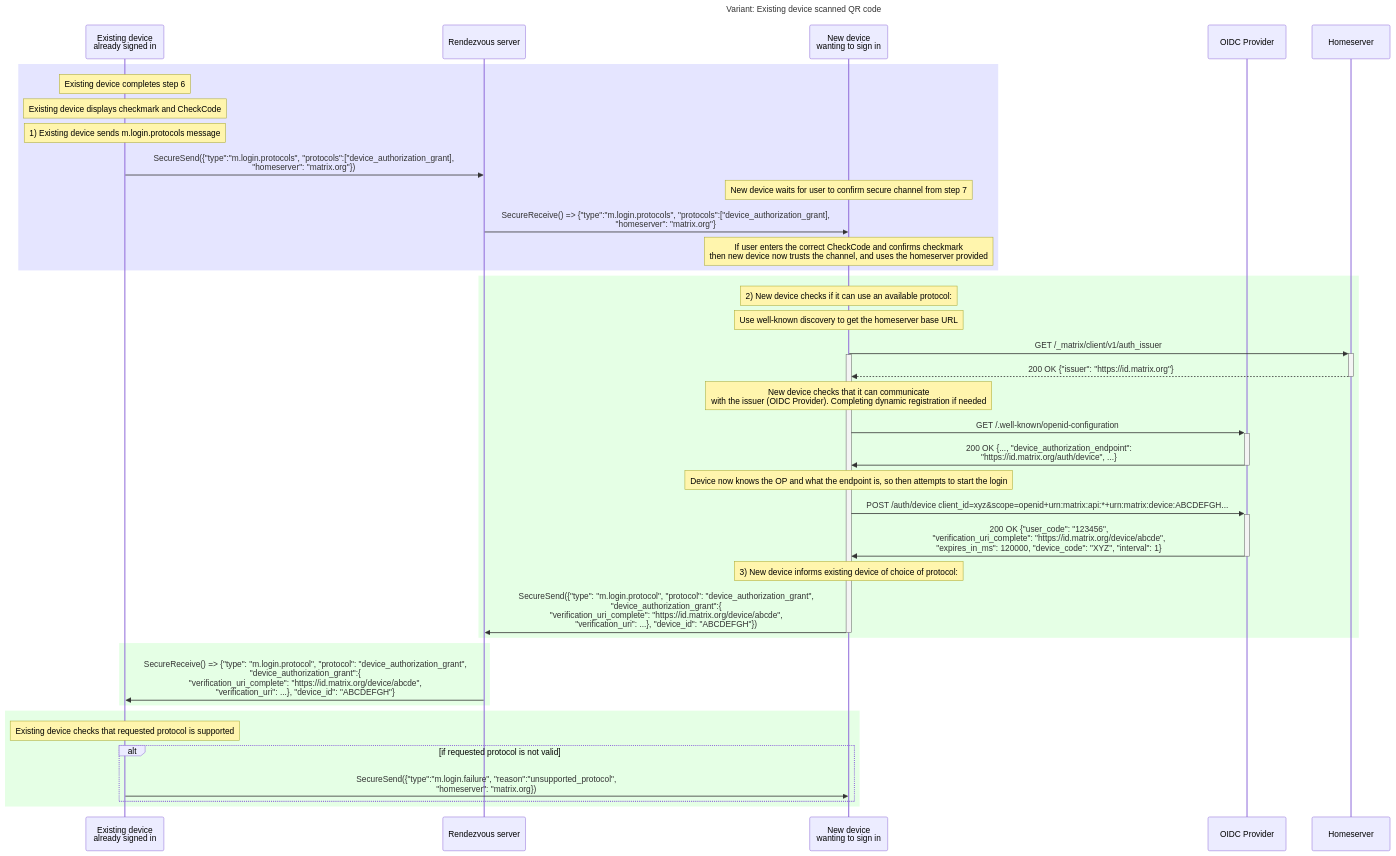
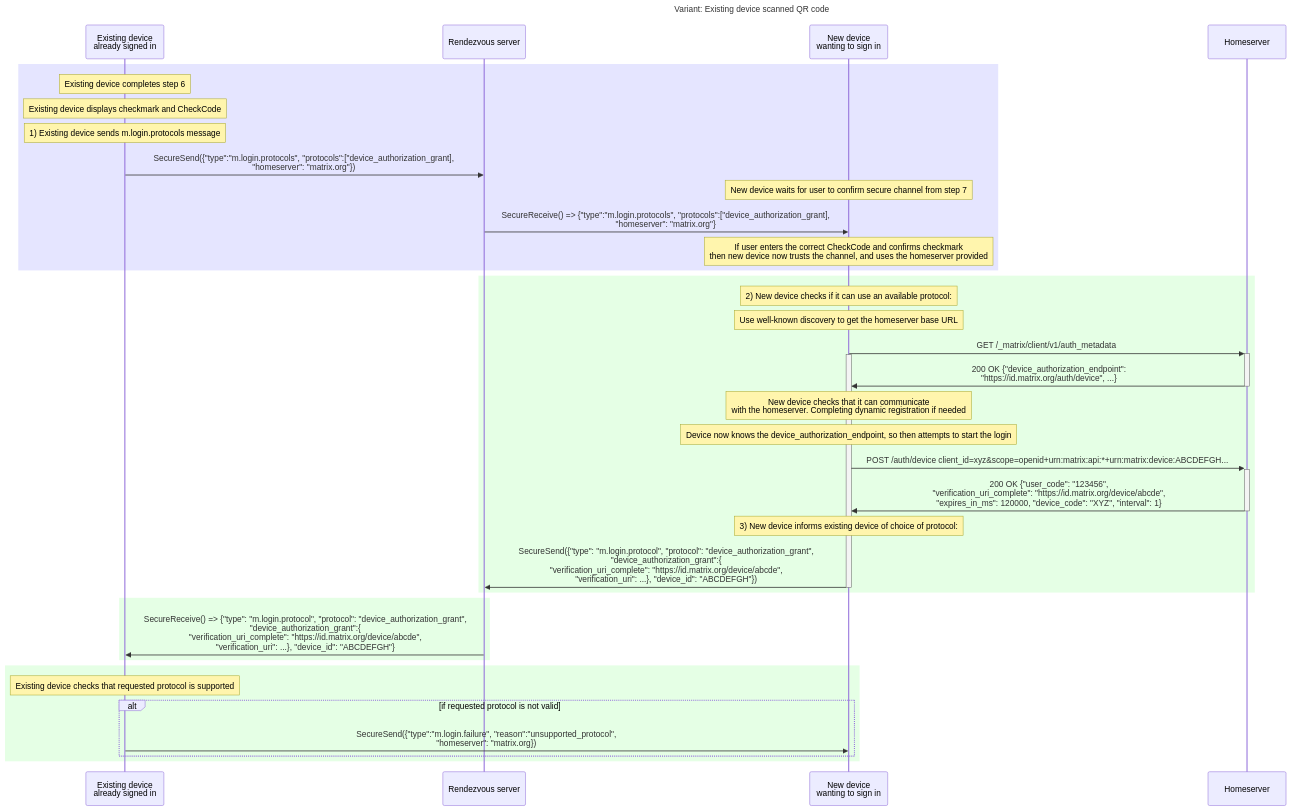
One commit to matrix-org/matrix-spec-proposals changed the fourth of 6 diagrams in proposals/4108-oidc-qr-login.md. Above: the diagram before and after it, drawn with Mermaid. The commit also changed other lines of this file, not shown here.

````diff
--- a/proposals/4108-oidc-qr-login.md
+++ b/proposals/4108-oidc-qr-login.md
@@ -911,66 +886,63 @@
 ```mermaid
 sequenceDiagram
     title: Variant: Existing device scanned QR code
     participant E as Existing device <br>already signed in
     participant Z as Rendezvous server
     participant N as New device <br>wanting to sign in
-    participant OP as OIDC Provider
     participant HS as Homeserver
 
 
     #alt if New device scanned QR code
     #    note over N: New device completes checks from secure channel establishment step 6 - it now trusts the channel
     #    note over N: 1) New device got server name from the QR code
 
     rect rgba(0,0,255, 0.1)
     #else if Existing device scanned QR code
         note over E: Existing device completes step 6
         note over E: Existing device displays checkmark and CheckCode
         note over E: 1) Existing device sends m.login.protocols message
         E->>Z: SecureSend({"type":"m.login.protocols", "protocols":["device_authorization_grant],<br> "homeserver": "matrix.org"})
         note over N: New device waits for user to confirm secure channel from step 7
         Z->>N: SecureReceive() => {"type":"m.login.protocols", "protocols":["device_authorization_grant],<br> "homeserver": "matrix.org"}
         note over N: If user enters the correct CheckCode and confirms checkmark<br>then new device now trusts the channel, and uses the homeserver provided
     end
 
 
     rect rgba(0,255,0, 0.1)
     note over N: 2) New device checks if it can use an available protocol:
     note over N: Use well-known discovery to get the homeserver base URL
-        N->>+HS: GET /_matrix/client/v1/auth_issuer
+        N->>+HS: GET /_matrix/client/v1/auth_metadata
     activate N
-        HS-->>-N: 200 OK {"issuer": "https://id.matrix.org"}
-        Note over N: New device checks that it can communicate<br> with the issuer (OIDC Provider). Completing dynamic registration if needed 
-        N->>+OP: GET /.well-known/openid-configuration
-        OP->>-N: 200 OK {..., "device_authorization_endpoint":<br> "https://id.matrix.org/auth/device", ...}
-        Note over N: Device now knows the OP and what the endpoint is, so then attempts to start the login
-        N->>+OP: POST /auth/device client_id=xyz&scope=openid+urn:matrix:api:*+urn:matrix:device:ABCDEFGH...
-        OP->>-N: 200 OK {"user_code": "123456",<br>"verification_uri_complete": "https://id.matrix.org/device/abcde",<br>"expires_in_ms": 120000, "device_code": "XYZ", "interval": 1}
+        HS->>-N: 200 OK {"device_authorization_endpoint":<br> "https://id.matrix.org/auth/device", ...}
+        Note over N: New device checks that it can communicate<br> with the homeserver. Completing dynamic registration if needed
+        Note over N: Device now knows the device_authorization_endpoint, so then attempts to start the login
+        N->>+HS: POST /auth/device client_id=xyz&scope=openid+urn:matrix:api:*+urn:matrix:device:ABCDEFGH...
+        HS->>-N: 200 OK {"user_code": "123456",<br>"verification_uri_complete": "https://id.matrix.org/device/abcde",<br>"expires_in_ms": 120000, "device_code": "XYZ", "interval": 1}
         note over N: 3) New device informs existing device of choice of protocol:
         N->>Z: SecureSend({"type": "m.login.protocol", "protocol": "device_authorization_grant",<br> "device_authorization_grant":{<br>"verification_uri_complete": "https://id.matrix.org/device/abcde",<br>"verification_uri": ...}, "device_id": "ABCDEFGH"})
 
     deactivate N
     end
 
     # alt if New device scanned QR code
     #    note over N: New device displays checkmark and CheckCode
     #    note over E: Existing device waits for user to enter CheckCode<br>and confirm secure channel from step 7
     #end
 
     rect rgba(0,255,0, 0.1)
         Z->>E: SecureReceive() => {"type": "m.login.protocol", "protocol": "device_authorization_grant",<br> "device_authorization_grant":{<br>"verification_uri_complete": "https://id.matrix.org/device/abcde",<br>"verification_uri": ...}, "device_id": "ABCDEFGH"}
     end
 
     # alt if New device scanned QR code
     #    note over E: If user entered correct CheckCode<br>and confirms checkmark then existing device now trusts the channel
     #end
 
 
     rect rgba(0,255,0, 0.1)
     note over E: Existing device checks that requested protocol is supported
 
     alt if requested protocol is not valid
         E->>N: SecureSend({"type":"m.login.failure", "reason":"unsupported_protocol",<br>"homeserver": "matrix.org})
     end
     end
 ```
````
